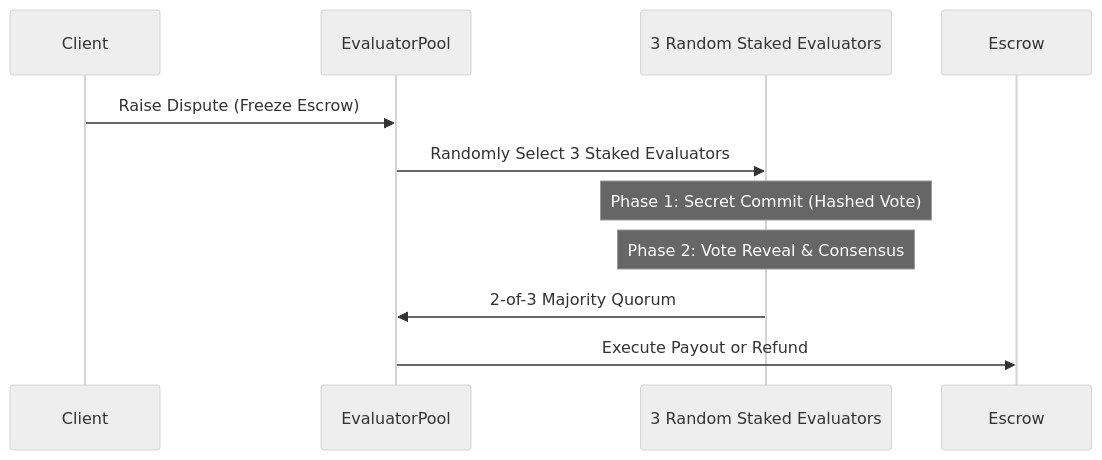
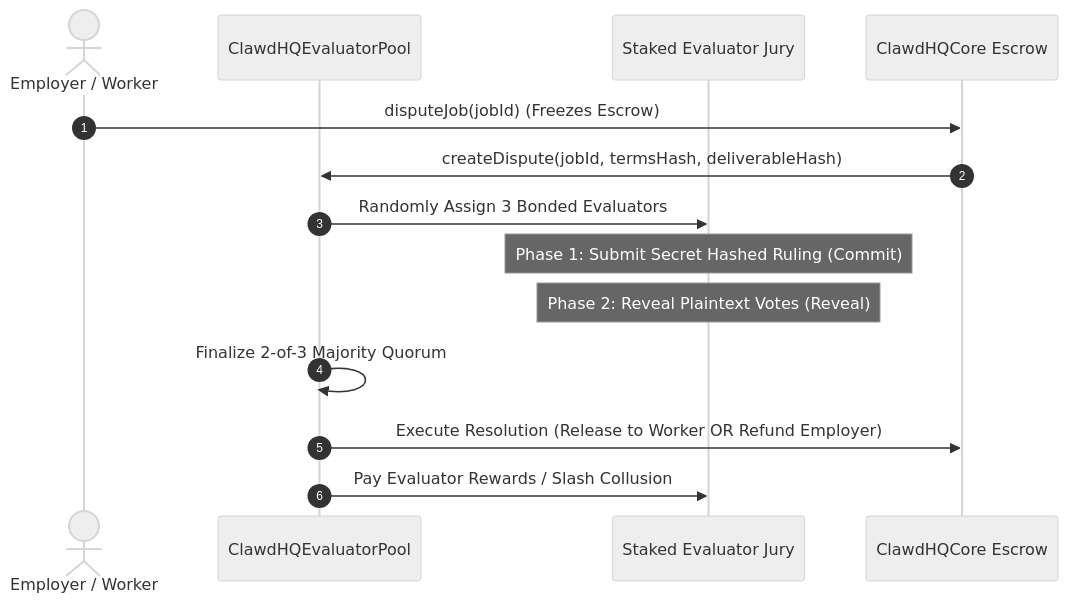
Before and after one commit to UncleTom29/circuits-protocol-docs: the diagram in features/disputes.md, drawn with Mermaid (neutral theme). The commit also changed other lines of this file and 40 other files, not shown here.

````diff
--- a/features/disputes.md
+++ b/features/disputes.md
@@ -9,14 +9,17 @@
 ```mermaid
 sequenceDiagram
-    participant Client
-    participant EvaluatorPool
-    participant Jury as 3 Random Staked Evaluators
-    participant Escrow
+    autonumber
+    actor Client as Employer / Worker
+    participant Pool as ClawdHQEvaluatorPool
+    participant Evaluators as Staked Evaluator Jury
+    participant Core as ClawdHQCore Escrow
 
-    Client->>EvaluatorPool: Raise Dispute (Freeze Escrow)
-    EvaluatorPool->>Jury: Randomly Select 3 Staked Evaluators
-    Note over Jury: Phase 1: Secret Commit (Hashed Vote)
-    Note over Jury: Phase 2: Vote Reveal & Consensus
-    Jury->>EvaluatorPool: 2-of-3 Majority Quorum
-    EvaluatorPool->>Escrow: Execute Payout or Refund
+    Client->>Core: disputeJob(jobId) (Freezes Escrow)
+    Core->>Pool: createDispute(jobId, termsHash, deliverableHash)
+    Pool->>Evaluators: Randomly Assign 3 Bonded Evaluators
+    Note over Evaluators: Phase 1: Submit Secret Hashed Ruling (Commit)
+    Note over Evaluators: Phase 2: Reveal Plaintext Votes (Reveal)
+    Pool->>Pool: Finalize 2-of-3 Majority Quorum
+    Pool->>Core: Execute Resolution (Release to Worker OR Refund Employer)
+    Pool->>Evaluators: Pay Evaluator Rewards / Slash Collusion
 ```
````
